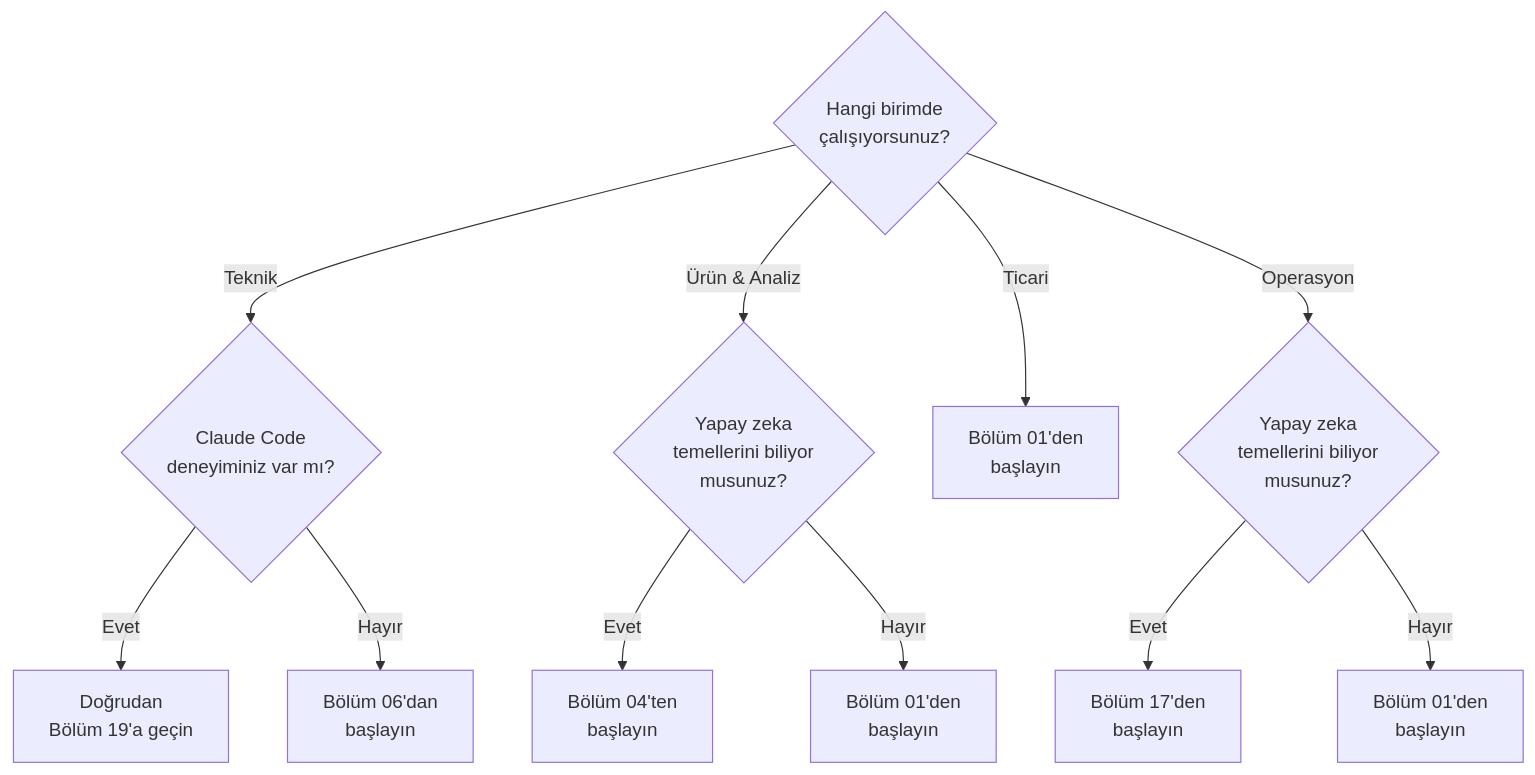
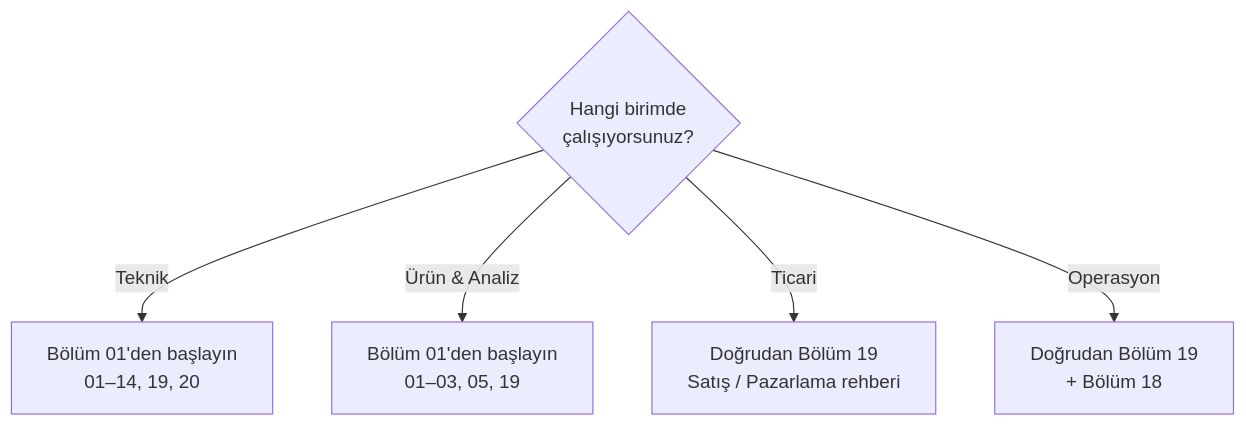
The diagram in 19-rol-bazli-rehberler/README.md (IzzetYasinAtes/ClaudeCodeHandbook), drawn with Mermaid before and after one commit. The commit also changed other lines of this file and 1 other file, not shown here.

Commit message:
Update README files to clarify starting points for different roles in AI and Claude Code. Adjusted content to reflect new reading paths for technical, product, commercial, and operational teams, emphasizing the importance of foundational knowledge for effective integration.

````diff
--- a/19-rol-bazli-rehberler/README.md
+++ b/19-rol-bazli-rehberler/README.md
@@ -28,18 +28,9 @@
 ```mermaid
 flowchart TD
     START{"Hangi birimde<br/>çalışıyorsunuz?"}
 
-    START -->|"Teknik"| TECH{"Claude Code<br/>deneyiminiz var mı?"}
-    TECH -->|"Evet"| TECH_EXP["Doğrudan<br/>Bölüm 19'a geçin"]
-    TECH -->|"Hayır"| TECH_NEW["Bölüm 06'dan<br/>başlayın"]
-
-    START -->|"Ürün & Analiz"| PROD{"Yapay zeka<br/>temellerini biliyor<br/>musunuz?"}
-    PROD -->|"Evet"| PROD_EXP["Bölüm 04'ten<br/>başlayın"]
-    PROD -->|"Hayır"| PROD_NEW["Bölüm 01'den<br/>başlayın"]
-
-    START -->|"Ticari"| COMM["Bölüm 01'den<br/>başlayın"]
-
-    START -->|"Operasyon"| OPS{"Yapay zeka<br/>temellerini biliyor<br/>musunuz?"}
-    OPS -->|"Evet"| OPS_EXP["Bölüm 17'den<br/>başlayın"]
-    OPS -->|"Hayır"| OPS_NEW["Bölüm 01'den<br/>başlayın"]
+    START -->|"Teknik"| TECH["Bölüm 01'den başlayın<br/>01–14, 19, 20"]
+    START -->|"Ürün & Analiz"| PROD["Bölüm 01'den başlayın<br/>01–03, 05, 19"]
+    START -->|"Ticari"| COMM["Doğrudan Bölüm 19<br/>Satış / Pazarlama rehberi"]
+    START -->|"Operasyon"| OPS["Doğrudan Bölüm 19<br/>+ Bölüm 18"]
 ```
````
